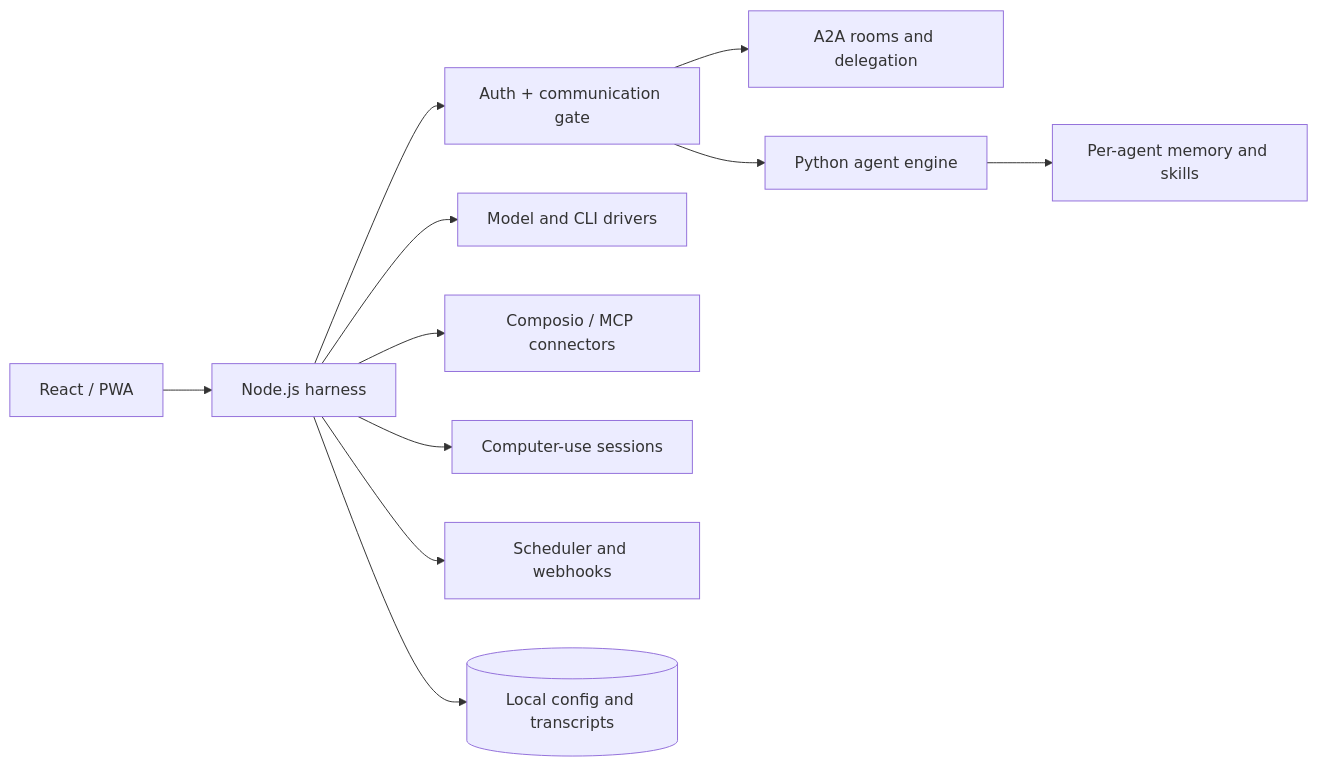
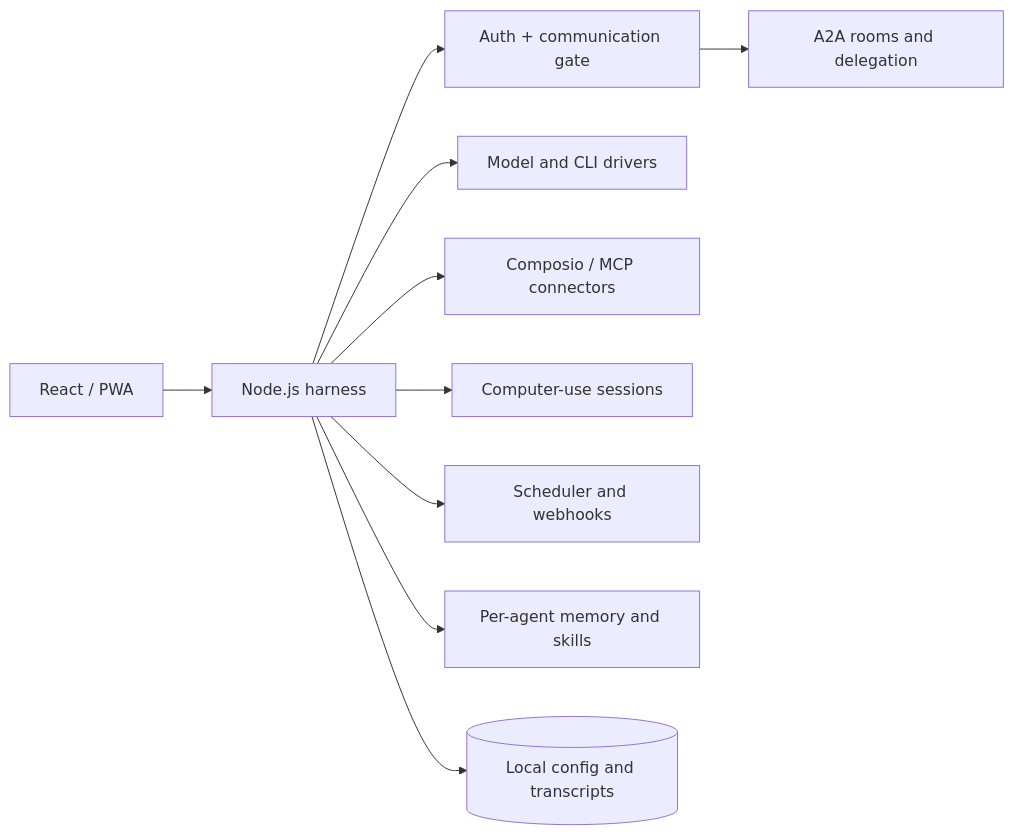
The diagram in README.md (E4B-labs/multibot), drawn with Mermaid before and after one commit. The commit also changed other lines of this file and 19 other files, not shown here.

````diff
--- a/README.md
+++ b/README.md
@@ -23,13 +23,12 @@
 ```mermaid
 flowchart LR
   UI[React / PWA] --> H[Node.js harness]
   H --> AUTH[Auth + communication gate]
   AUTH --> A2A[A2A rooms and delegation]
   H --> DRIVERS[Model and CLI drivers]
   H --> TOOLS[Composio / MCP connectors]
   H --> CUA[Computer-use sessions]
   H --> SCHED[Scheduler and webhooks]
-  AUTH --> ENG[Python agent engine]
-  ENG --> MEM[Per-agent memory and skills]
+  H --> MEM[Per-agent memory and skills]
   H --> DATA[(Local config and transcripts)]
 ```
````
